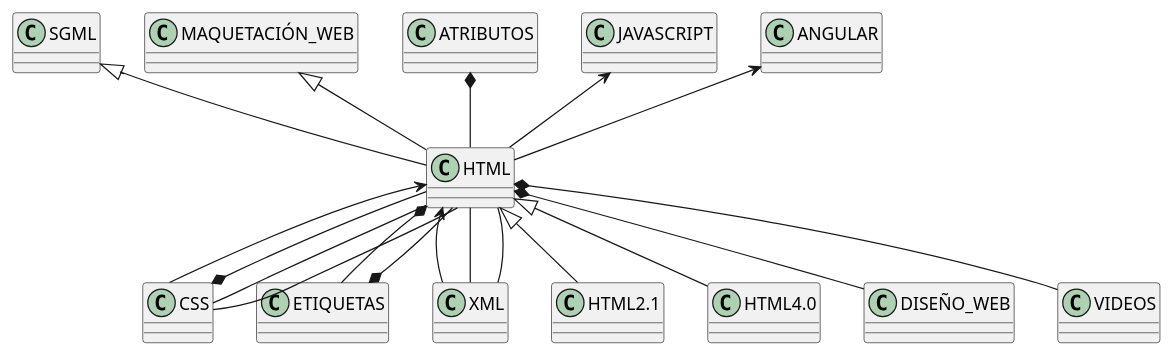
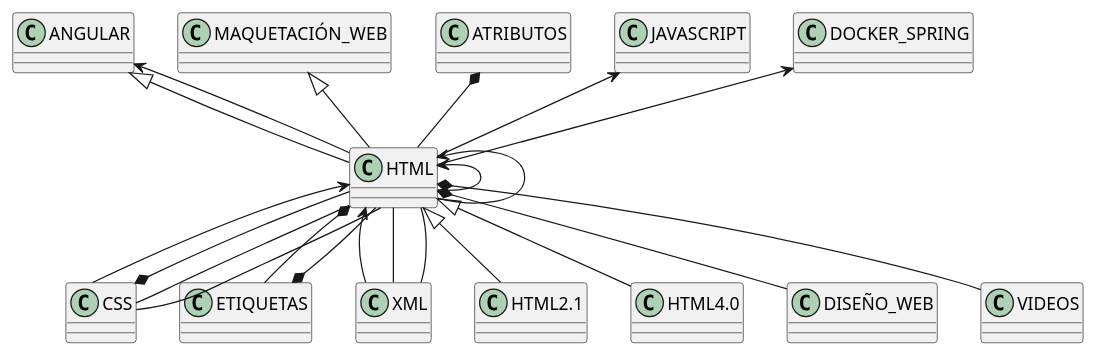
One commit to CodeURJC-DAW-2018-19/santatecla-relaciones-2 changed the diagram in relman/images/contextHTML.plantuml. Above: the diagram before and after it, drawn with PlantUML. The commit also changed 141 other files, not shown here.

```diff
--- a/relman/images/contextHTML.plantuml
+++ b/relman/images/contextHTML.plantuml
@@ -1,21 +1,24 @@
 @startuml 
  set namespaceSeparator none
-SGML <|-- HTML
+ANGULAR <|-- HTML
 MAQUETACIÓN_WEB <|-- HTML
 CSS *-- HTML
 ETIQUETAS *-- HTML
 ATRIBUTOS *-- HTML
 JAVASCRIPT <-- HTML
 ANGULAR <-- HTML
+DOCKER_SPRING <-- HTML
+HTML <-- HTML
 CSS -- HTML
 XML -- HTML
 HTML <|-- HTML2.1
 HTML <|-- HTML4.0
 HTML *-- DISEÑO_WEB
 HTML *-- ETIQUETAS
 HTML *-- VIDEOS
 HTML <-- CSS
 HTML <-- XML
+HTML <-- HTML
 HTML -- CSS
 HTML -- XML
 @enduml
```
